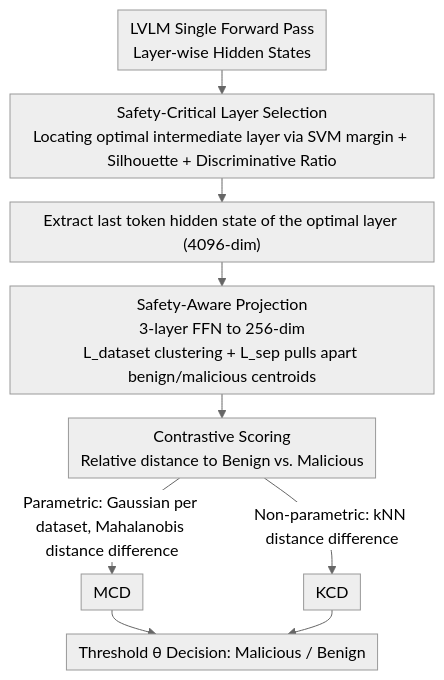
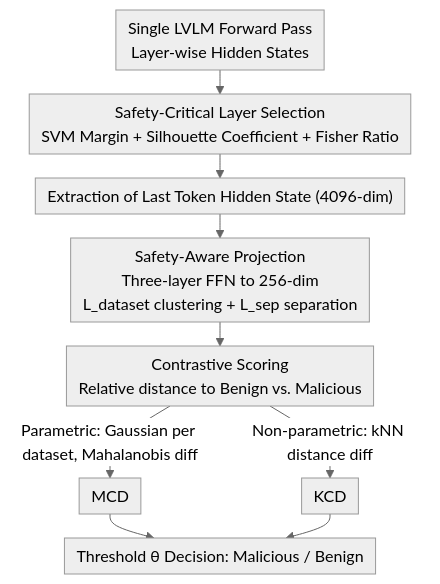
Before and after one commit to zhaoyang97/Paper-Notes-en: the diagram in docs/ACL2026/llm_safety/rethinking_jailbreak_detection_of_large_vision_language_models_with_representati.md, drawn with Mermaid (neutral theme). The commit also changed other lines of this file and 5084 other files, not shown here.

````diff
--- a/docs/ACL2026/llm_safety/rethinking_jailbreak_detection_of_large_vision_language_models_with_representati.md
+++ b/docs/ACL2026/llm_safety/rethinking_jailbreak_detection_of_large_vision_language_models_with_representati.md
@@ -44,12 +44,12 @@
 ```mermaid
 %%{init: {'flowchart': {'rankSpacing': 24, 'nodeSpacing': 28, 'padding': 6, 'wrappingWidth': 400}}}%%
 flowchart TD
-    A["LVLM Single Forward Pass<br/>Layer-wise Hidden States"] --> B["Safety-Critical Layer Selection<br/>Locating optimal intermediate layer via SVM margin + Silhouette + Discriminative Ratio"]
-    B --> C["Extract last token hidden state of the optimal layer (4096-dim)"]
-    C --> D["Safety-Aware Projection<br/>3-layer FFN to 256-dim<br/>L_dataset clustering + L_sep pulls apart benign/malicious centroids"]
+    A["Single LVLM Forward Pass<br/>Layer-wise Hidden States"] --> B["Safety-Critical Layer Selection<br/>SVM Margin + Silhouette Coefficient + Fisher Ratio"]
+    B --> C["Extraction of Last Token Hidden State (4096-dim)"]
+    C --> D["Safety-Aware Projection<br/>Three-layer FFN to 256-dim<br/>L_dataset clustering + L_sep separation"]
     D --> E["Contrastive Scoring<br/>Relative distance to Benign vs. Malicious"]
-    E -->|"Parametric: Gaussian per dataset, Mahalanobis distance difference"| F["MCD"]
-    E -->|"Non-parametric: kNN distance difference"| G["KCD"]
+    E -->|"Parametric: Gaussian per dataset, Mahalanobis diff"| F["MCD"]
+    E -->|"Non-parametric: kNN distance diff"| G["KCD"]
     F --> H["Threshold θ Decision: Malicious / Benign"]
     G --> H
 ```
````
